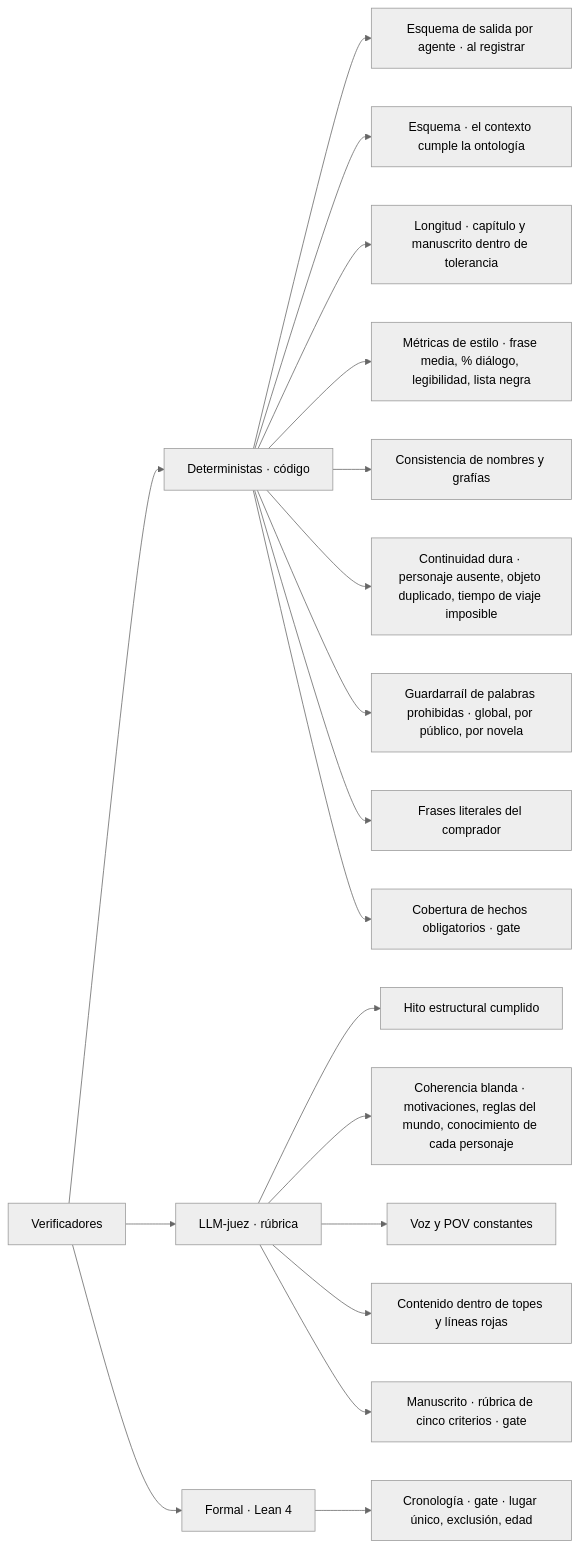
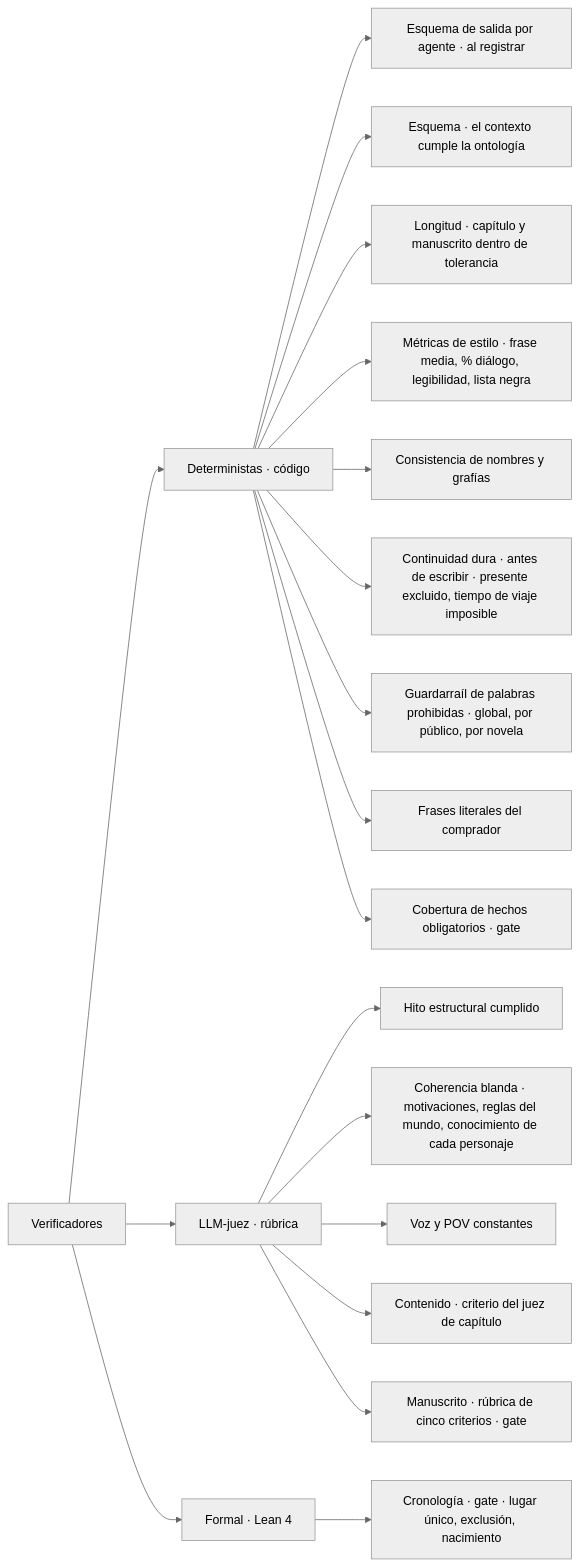
One commit to Asieribarz/my-story-marker changed the fifth of 10 diagrams in docs/architecture.md. Above: the diagram before and after it, drawn with Mermaid (neutral theme). The commit also changed other lines of this file and 116 other files, not shown here.

````diff
--- a/docs/architecture.md
+++ b/docs/architecture.md
@@ -247,21 +263,21 @@
 ```mermaid
 flowchart LR
   V["Verificadores"] --> D["Deterministas · código"]
   D --> D0["Esquema de salida por agente · al registrar"]
   V --> J["LLM-juez · rúbrica"]
   D --> D1["Esquema · el contexto cumple la ontología"]
   D --> D2["Longitud · capítulo y manuscrito dentro de tolerancia"]
   D --> D3["Métricas de estilo · frase media, % diálogo, legibilidad, lista negra"]
   D --> D4["Consistencia de nombres y grafías"]
-  D --> D5["Continuidad dura · personaje ausente, objeto duplicado, tiempo de viaje imposible"]
+  D --> D5["Continuidad dura · antes de escribir · presente excluido, tiempo de viaje imposible"]
   D --> D6["Guardarraíl de palabras prohibidas · global, por público, por novela"]
   D --> D7["Frases literales del comprador"]
   D --> D8["Cobertura de hechos obligatorios · gate"]
   V --> F["Formal · Lean 4"]
-  F --> F1["Cronología · gate · lugar único, exclusión, edad"]
+  F --> F1["Cronología · gate · lugar único, exclusión, nacimiento"]
   J --> J1["Hito estructural cumplido"]
   J --> J2["Coherencia blanda · motivaciones, reglas del mundo, conocimiento de cada personaje"]
   J --> J3["Voz y POV constantes"]
-  J --> J4["Contenido dentro de topes y líneas rojas"]
+  J --> J4["Contenido · criterio del juez de capítulo"]
   J --> J5["Manuscrito · rúbrica de cinco criterios · gate"]
 ```
````
